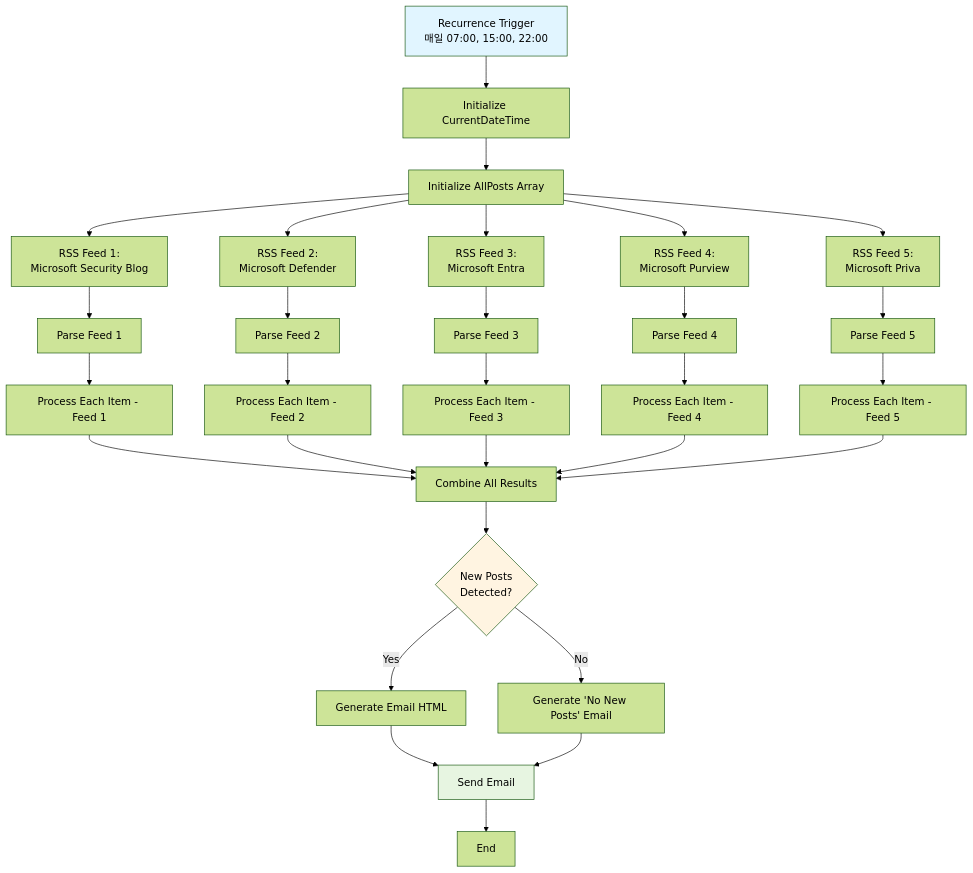
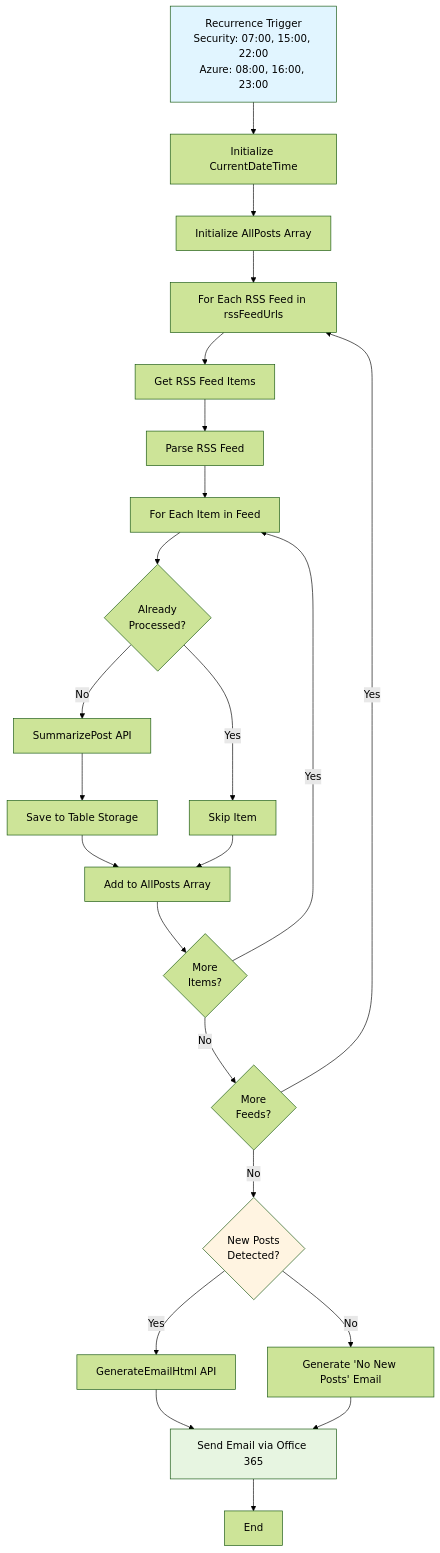
The diagram in docs/Logic-App-워크플로우.md (zer0big/azure-security-blog-automation), drawn with Mermaid (forest theme) before and after one commit. The commit also changed other lines of this file and 3 other files, not shown here.

First line of the commit message:
문서 현행화: 듀얼 Logic App 워크플로우 아키텍처 반영

````diff
--- a/docs/Logic-App-워크플로우.md
+++ b/docs/Logic-App-워크플로우.md
@@ -9,40 +32,36 @@
 ```mermaid
 graph TB
-    A[Recurrence Trigger<br/>매일 07:00, 15:00, 22:00] --> B[Initialize CurrentDateTime]
+    A[Recurrence Trigger<br/>Security: 07:00, 15:00, 22:00<br/>Azure: 08:00, 16:00, 23:00] --> B[Initialize CurrentDateTime]
     B --> C[Initialize AllPosts Array]
-    C --> D1[RSS Feed 1:<br/>Microsoft Security Blog]
-    C --> D2[RSS Feed 2:<br/>Microsoft Defender]
-    C --> D3[RSS Feed 3:<br/>Microsoft Entra]
-    C --> D4[RSS Feed 4:<br/>Microsoft Purview]
-    C --> D5[RSS Feed 5:<br/>Microsoft Priva]
+    C --> D[For Each RSS Feed in rssFeedUrls]
     
-    D1 --> E1[Parse Feed 1]
-    D2 --> E2[Parse Feed 2]
-    D3 --> E3[Parse Feed 3]
-    D4 --> E4[Parse Feed 4]
-    D5 --> E5[Parse Feed 5]
+    D --> E[Get RSS Feed Items]
+    E --> F[Parse RSS Feed]
+    F --> G[For Each Item in Feed]
     
-    E1 --> F1[Process Each Item - Feed 1]
-    E2 --> F2[Process Each Item - Feed 2]
-    E3 --> F3[Process Each Item - Feed 3]
-    E4 --> F4[Process Each Item - Feed 4]
-    E5 --> F5[Process Each Item - Feed 5]
+    G --> H{Already<br/>Processed?}
+    H -->|No| I[SummarizePost API]
+    H -->|Yes| J[Skip Item]
     
-    F1 --> G[Combine All Results]
-    F2 --> G
-    F3 --> G
-    F4 --> G
-    F5 --> G
+    I --> K[Save to Table Storage]
+    K --> L[Add to AllPosts Array]
+    J --> L
     
-    G --> H{New Posts<br/>Detected?}
-    H -->|Yes| I[Generate Email HTML]
-    H -->|No| J[Generate 'No New Posts' Email]
+    L --> M{More<br/>Items?}
+    M -->|Yes| G
+    M -->|No| N{More<br/>Feeds?}
     
-    I --> K[Send Email]
-    J --> K
-    K --> L[End]
+    N -->|Yes| D
+    N -->|No| O{New Posts<br/>Detected?}
+    
+    O -->|Yes| P[GenerateEmailHtml API]
+    O -->|No| Q[Generate 'No New Posts' Email]
+    
+    P --> R[Send Email via Office 365]
+    Q --> R
+    R --> S[End]
     
     style A fill:#e1f5ff
-    style H fill:#fff4e1
-    style K fill:#e7f5e1
+    style O fill:#fff4e1
+    style R fill:#e7f5e1
 ```
````
